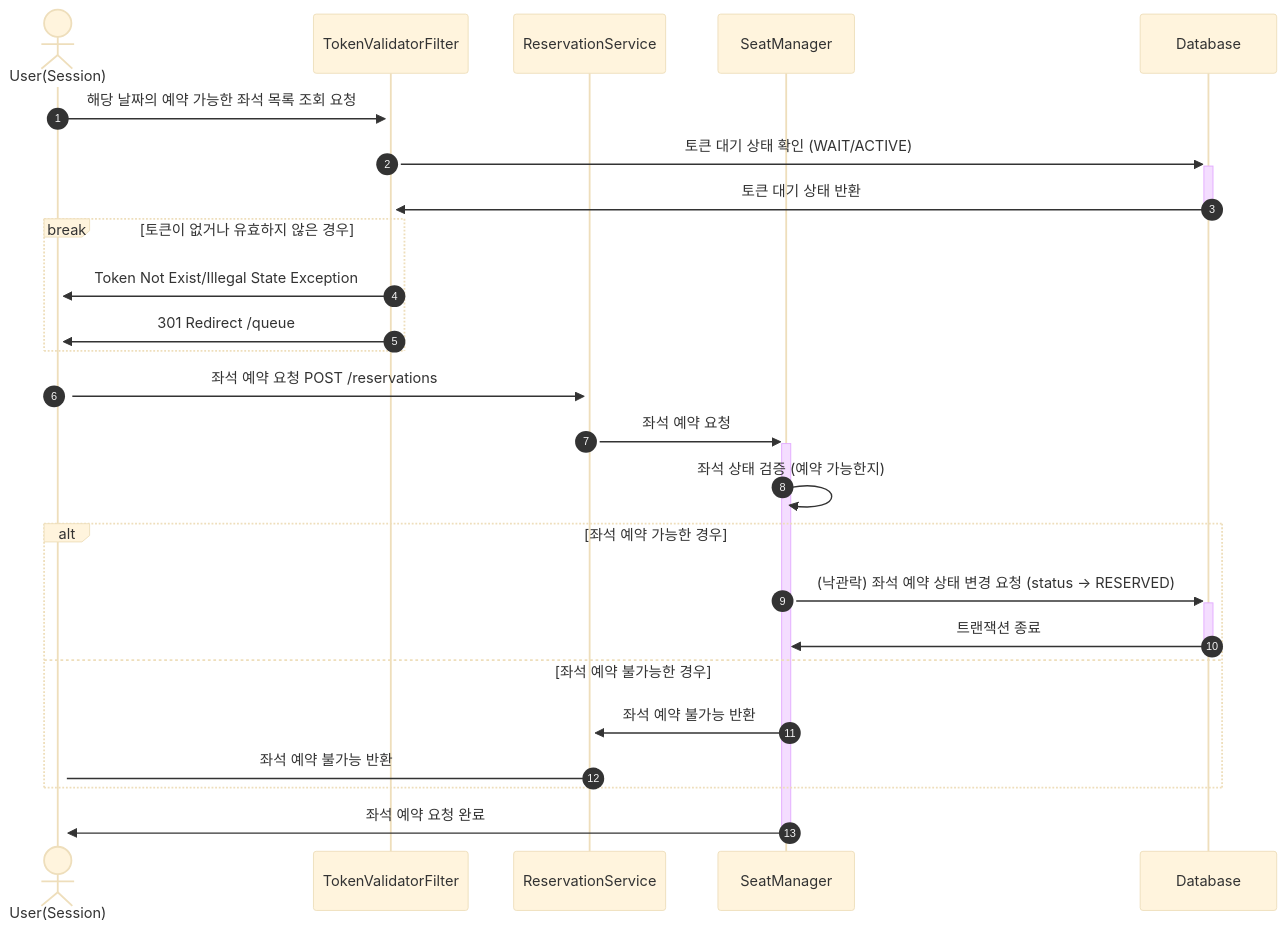
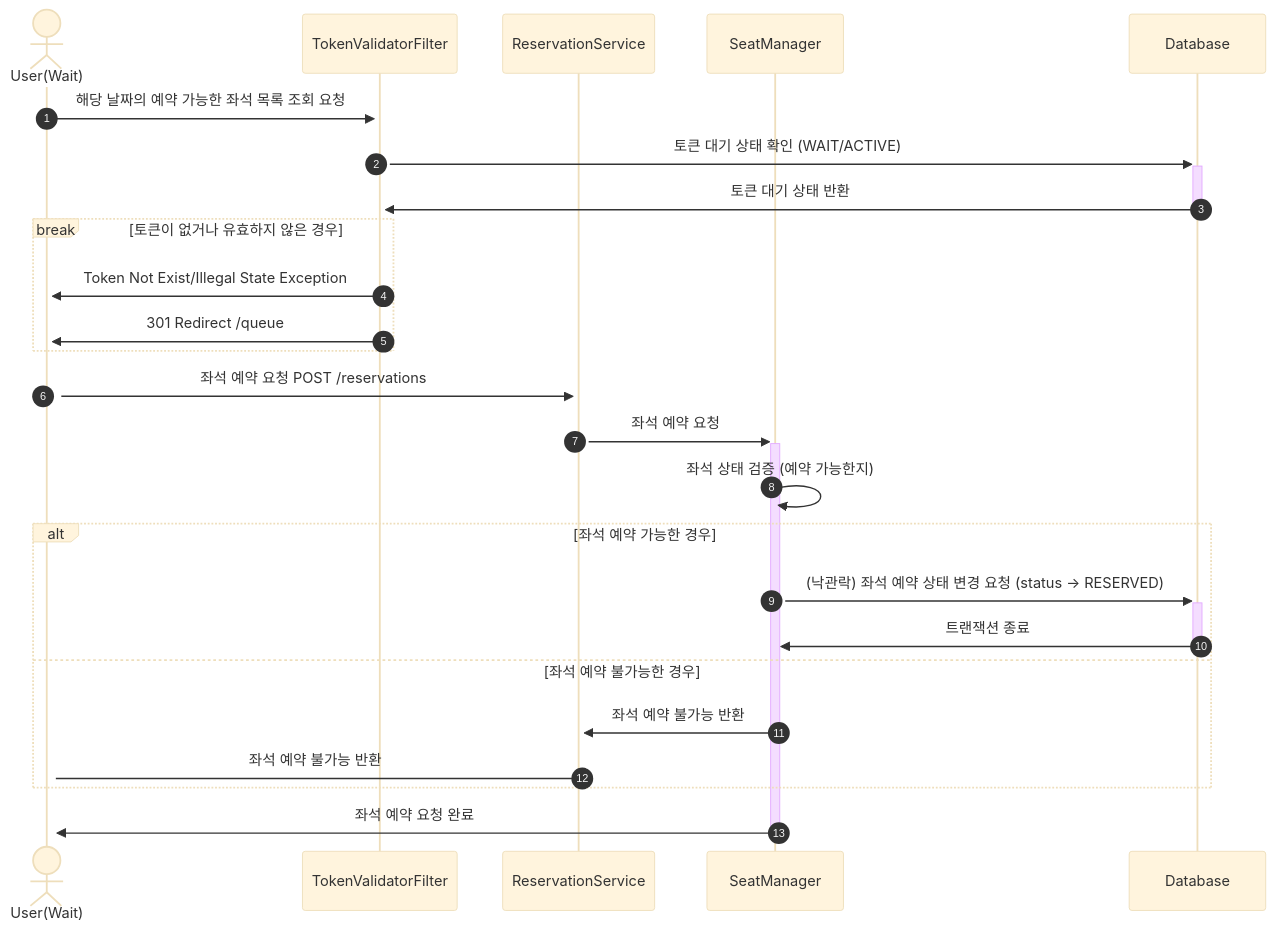
The diagram in docs/sequence/3.좌석-예약-요청.md (hpp-backend-15/java-concert-joonhyeokyang), drawn with Mermaid (base theme) before and after one commit. The commit also changed 21 other files, not shown here.

````diff
--- a/docs/sequence/3.좌석-예약-요청.md
+++ b/docs/sequence/3.좌석-예약-요청.md
@@ -7,28 +7,28 @@
 ```mermaid
 sequenceDiagram
     autonumber
-    actor u as User(Session)
+    actor u as User(Wait)
     participant tvf as TokenValidatorFilter
     participant rs as ReservationService
     participant sm as SeatManager
     participant db as Database
     u ->>+ tvf: 해당 날짜의 예약 가능한 좌석 목록 조회 요청
     tvf ->>+ db: 토큰 대기 상태 확인 (WAIT/ACTIVE)
     db ->>- tvf: 토큰 대기 상태 반환
     break 토큰이 없거나 유효하지 않은 경우
         tvf ->>+ u: Token Not Exist/Illegal State Exception
         tvf ->>+ u: 301 Redirect /queue
     end
 
     u ->>+ rs: 좌석 예약 요청 POST /reservations
     rs ->>+ sm: 좌석 예약 요청
     sm ->> sm: 좌석 상태 검증 (예약 가능한지)
     alt 좌석 예약 가능한 경우
         sm ->>+ db: (낙관락) 좌석 예약 상태 변경 요청 (status -> RESERVED)
         db ->>- sm: 트랜잭션 종료
     else 좌석 예약 불가능한 경우
         sm ->> rs: 좌석 예약 불가능 반환
         rs -> u: 좌석 예약 불가능 반환
     end
     sm ->>- u: 좌석 예약 요청 완료
 ```
````
